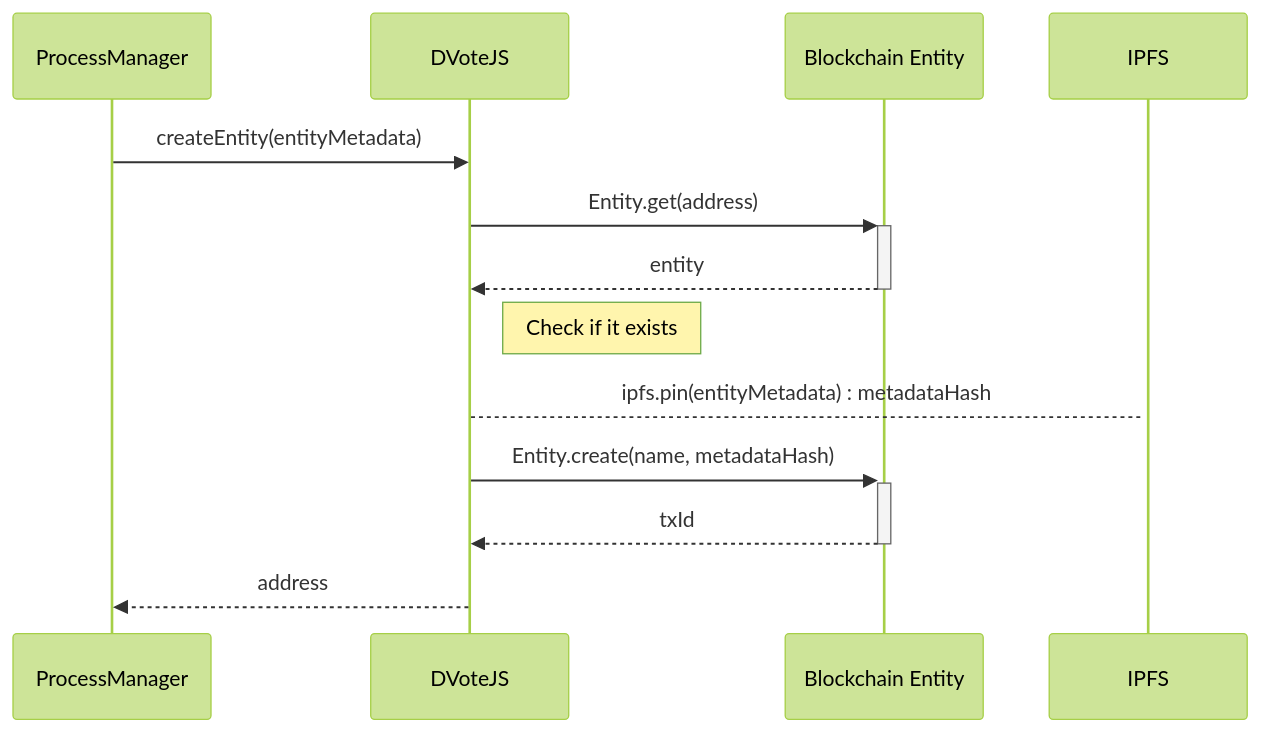
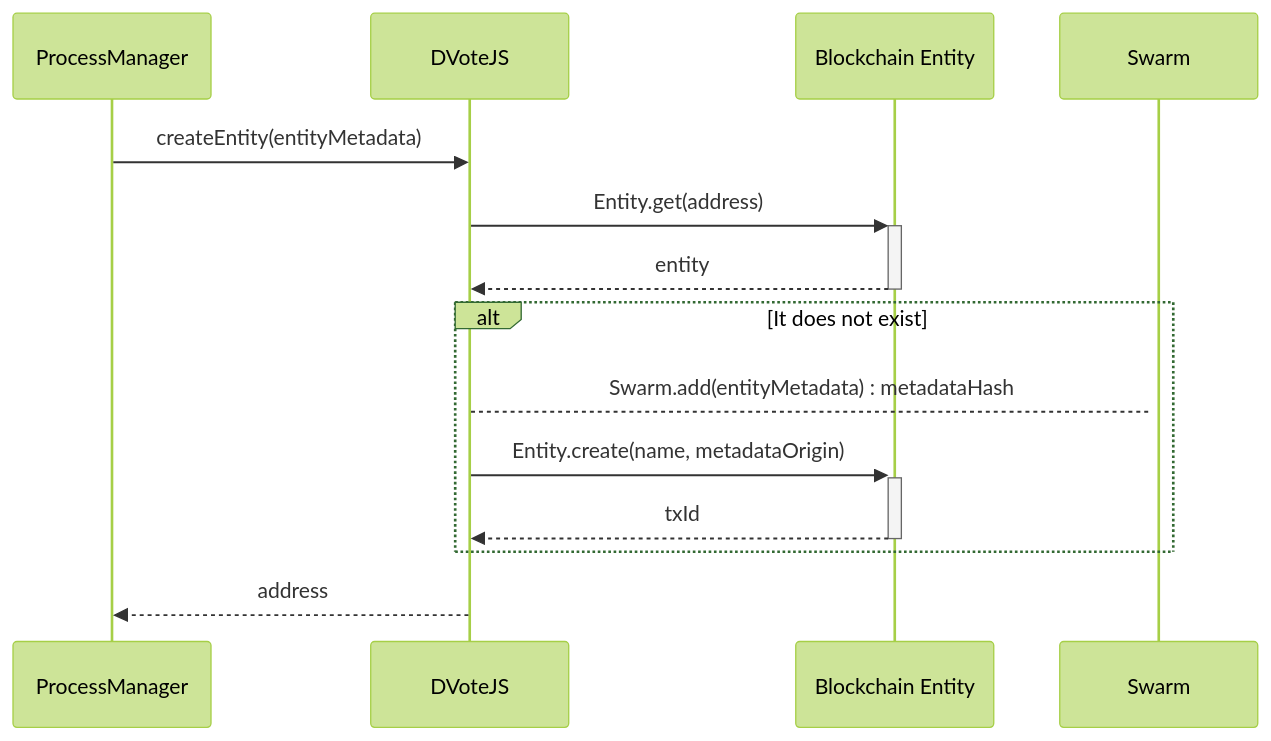
Before and after one commit to vocdoni/docs: the third of 4 diagrams in docs/protocol/sequence-diagrams.md, drawn with Mermaid (forest theme). The commit also changed other lines of this file and 1 other file, not shown here.

Commit message:
Entity subscription

````diff
--- a/docs/protocol/sequence-diagrams.md
+++ b/docs/protocol/sequence-diagrams.md
@@ -23,16 +23,16 @@
 ```mermaid
 sequenceDiagram
     ProcessManager->>DVoteJS: createEntity(entityMetadata)
 
     DVoteJS->>+Blockchain Entity: Entity.get(address)
     Blockchain Entity-->>-DVoteJS: entity
 
-    Note right of DVoteJS: Check if it exists
-    
-    DVoteJS-->+IPFS: ipfs.pin(entityMetadata) : metadataHash
+    Alt It does not exist
+        DVoteJS-->+Swarm: Swarm.add(entityMetadata) : metadataHash
 
-    DVoteJS->>+Blockchain Entity: Entity.create(name, metadataHash)
-    Blockchain Entity-->>-DVoteJS: txId
+        DVoteJS->>+Blockchain Entity: Entity.create(name, metadataOrigin)
+        Blockchain Entity-->>-DVoteJS: txId
+    end
 
     DVoteJS-->>ProcessManager: address
 ```
````
